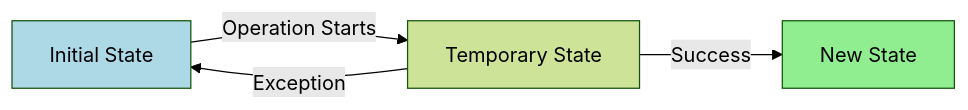
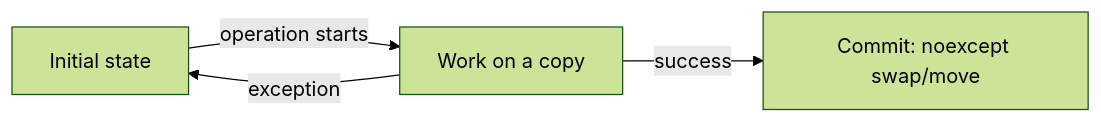
One commit to AndriiSonsiadlo/knowledge-base changed the diagram in docs/programming/cpp/10-error-handling-and-safety/02-noexcept-and-strong-guarantee.md. Above: the diagram before and after it, drawn with Mermaid (forest theme). The commit also changed other lines of this file and 1 other file, not shown here.

Commit message:
docs (C++): refocus exception-safety page on guarantees, dedupe noexcept specifier into one page

````diff
--- a/docs/programming/cpp/10-error-handling-and-safety/02-noexcept-and-strong-guarantee.md
+++ b/docs/programming/cpp/10-error-handling-and-safety/02-noexcept-and-strong-guarantee.md
@@ -144,9 +30,6 @@
 ```mermaid
-graph LR
-    A[Initial State] -->|Operation Starts| B[Temporary State]
-    B -->|Success| C[New State]
-    B -->|Exception| A
-    
-    style C fill:#90EE90
-    style A fill:#ADD8E6
+flowchart LR
+    A[Initial state] -->|operation starts| B[Work on a copy]
+    B -->|success| C[Commit: noexcept swap/move]
+    B -->|exception| A
 ```
````
